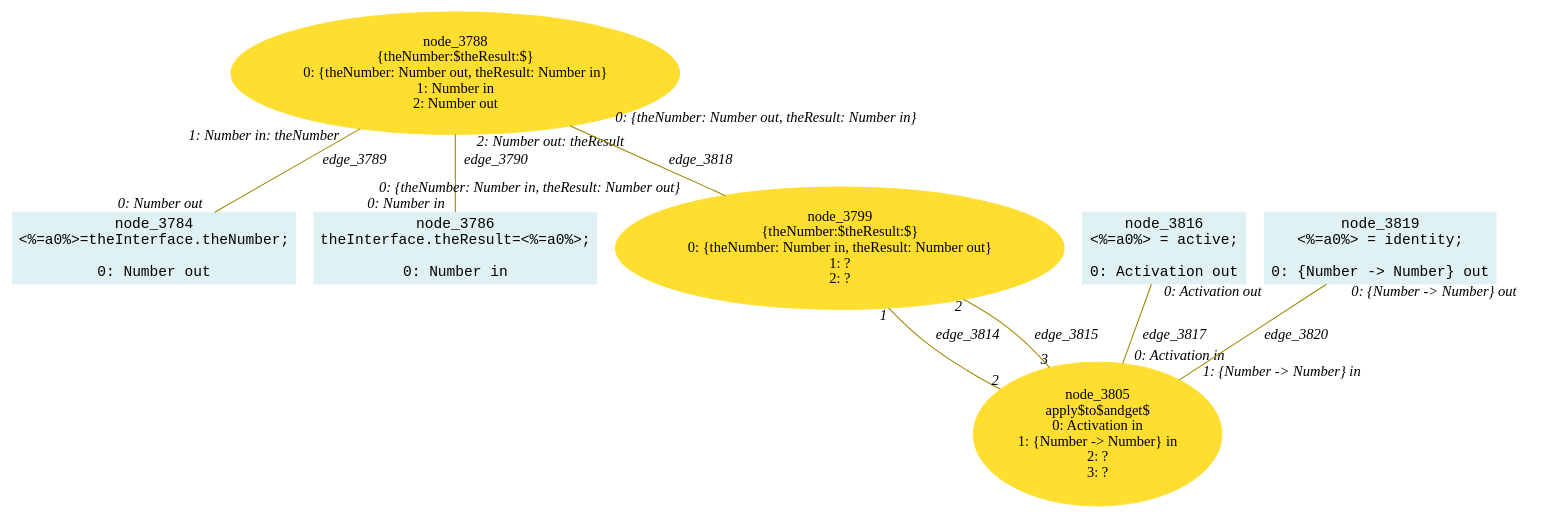
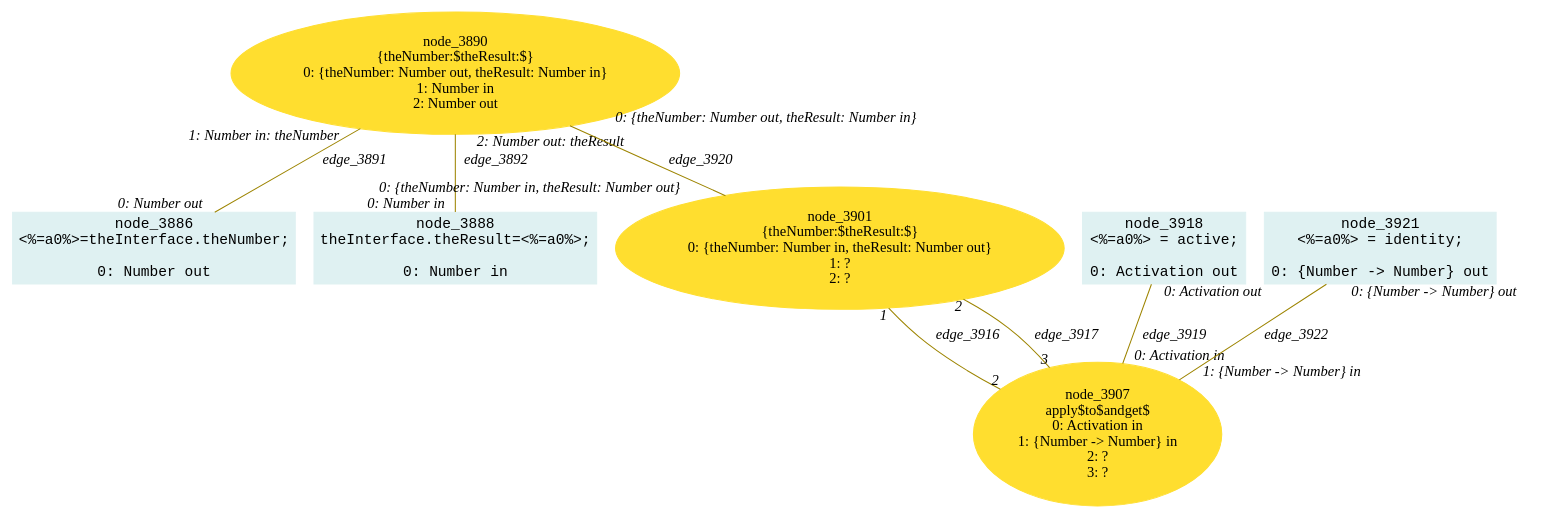
Before and after one commit to crubier/lidl: the diagram in lidl-core/example/ok/fakeAffectation/dot/22createDataFlowDirection4.dot, drawn with Graphviz. The commit also changed 983 other files, not shown here.

```diff
--- a/lidl-core/example/ok/fakeAffectation/dot/22createDataFlowDirection4.dot
+++ b/lidl-core/example/ok/fakeAffectation/dot/22createDataFlowDirection4.dot
@@ -1,40 +1,40 @@
-digraph g{node_3784 [shape="box", style="filled", color="#dff1f2", fontname="Courier", label="node_3784
+digraph g{node_3886 [shape="box", style="filled", color="#dff1f2", fontname="Courier", label="node_3886
 <%=a0%>=theInterface.theNumber;
 
 0: Number out" ]
-node_3786 [shape="box", style="filled", color="#dff1f2", fontname="Courier", label="node_3786
+node_3888 [shape="box", style="filled", color="#dff1f2", fontname="Courier", label="node_3888
 theInterface.theResult=<%=a0%>;
 
 0: Number in" ]
-node_3788 [shape="ellipse", style="filled", color="#ffde2f", fontname="Times", label="node_3788
+node_3890 [shape="ellipse", style="filled", color="#ffde2f", fontname="Times", label="node_3890
 {theNumber:$theResult:$}
 0: {theNumber: Number out, theResult: Number in}
 1: Number in
 2: Number out" ]
-node_3799 [shape="ellipse", style="filled", color="#ffde2f", fontname="Times", label="node_3799
+node_3901 [shape="ellipse", style="filled", color="#ffde2f", fontname="Times", label="node_3901
 {theNumber:$theResult:$}
 0: {theNumber: Number in, theResult: Number out}
 1: ?
 2: ?" ]
-node_3805 [shape="ellipse", style="filled", color="#ffde2f", fontname="Times", label="node_3805
+node_3907 [shape="ellipse", style="filled", color="#ffde2f", fontname="Times", label="node_3907
 apply$to$andget$
 0: Activation in
 1: {Number -> Number} in
 2: ?
 3: ?" ]
-node_3816 [shape="box", style="filled", color="#dff1f2", fontname="Courier", label="node_3816
+node_3918 [shape="box", style="filled", color="#dff1f2", fontname="Courier", label="node_3918
 <%=a0%> = active;
 
 0: Activation out" ]
-node_3819 [shape="box", style="filled", color="#dff1f2", fontname="Courier", label="node_3819
+node_3921 [shape="box", style="filled", color="#dff1f2", fontname="Courier", label="node_3921
 <%=a0%> = identity;
 
 0: {Number -> Number} out" ]
-node_3788 -> node_3784 [dir=none, arrowHead=none, fontname="Times-Italic", arrowsize=1, color="#9d8400", label="edge_3789",  headlabel="0: Number out", taillabel="1: Number in: theNumber" ]
-node_3788 -> node_3786 [dir=none, arrowHead=none, fontname="Times-Italic", arrowsize=1, color="#9d8400", label="edge_3790",  headlabel="0: Number in", taillabel="2: Number out: theResult" ]
-node_3799 -> node_3805 [dir=none, arrowHead=none, fontname="Times-Italic", arrowsize=1, color="#9d8400", label="edge_3814",  headlabel="2", taillabel="1" ]
-node_3799 -> node_3805 [dir=none, arrowHead=none, fontname="Times-Italic", arrowsize=1, color="#9d8400", label="edge_3815",  headlabel="3", taillabel="2" ]
-node_3816 -> node_3805 [dir=none, arrowHead=none, fontname="Times-Italic", arrowsize=1, color="#9d8400", label="edge_3817",  headlabel="0: Activation in", taillabel="0: Activation out" ]
-node_3788 -> node_3799 [dir=none, arrowHead=none, fontname="Times-Italic", arrowsize=1, color="#9d8400", label="edge_3818",  headlabel="0: {theNumber: Number in, theResult: Number out}", taillabel="0: {theNumber: Number out, theResult: Number in}" ]
-node_3819 -> node_3805 [dir=none, arrowHead=none, fontname="Times-Italic", arrowsize=1, color="#9d8400", label="edge_3820",  headlabel="1: {Number -> Number} in", taillabel="0: {Number -> Number} out" ]
+node_3890 -> node_3886 [dir=none, arrowHead=none, fontname="Times-Italic", arrowsize=1, color="#9d8400", label="edge_3891",  headlabel="0: Number out", taillabel="1: Number in: theNumber" ]
+node_3890 -> node_3888 [dir=none, arrowHead=none, fontname="Times-Italic", arrowsize=1, color="#9d8400", label="edge_3892",  headlabel="0: Number in", taillabel="2: Number out: theResult" ]
+node_3901 -> node_3907 [dir=none, arrowHead=none, fontname="Times-Italic", arrowsize=1, color="#9d8400", label="edge_3916",  headlabel="2", taillabel="1" ]
+node_3901 -> node_3907 [dir=none, arrowHead=none, fontname="Times-Italic", arrowsize=1, color="#9d8400", label="edge_3917",  headlabel="3", taillabel="2" ]
+node_3918 -> node_3907 [dir=none, arrowHead=none, fontname="Times-Italic", arrowsize=1, color="#9d8400", label="edge_3919",  headlabel="0: Activation in", taillabel="0: Activation out" ]
+node_3890 -> node_3901 [dir=none, arrowHead=none, fontname="Times-Italic", arrowsize=1, color="#9d8400", label="edge_3920",  headlabel="0: {theNumber: Number in, theResult: Number out}", taillabel="0: {theNumber: Number out, theResult: Number in}" ]
+node_3921 -> node_3907 [dir=none, arrowHead=none, fontname="Times-Italic", arrowsize=1, color="#9d8400", label="edge_3922",  headlabel="1: {Number -> Number} in", taillabel="0: {Number -> Number} out" ]
 }
```
